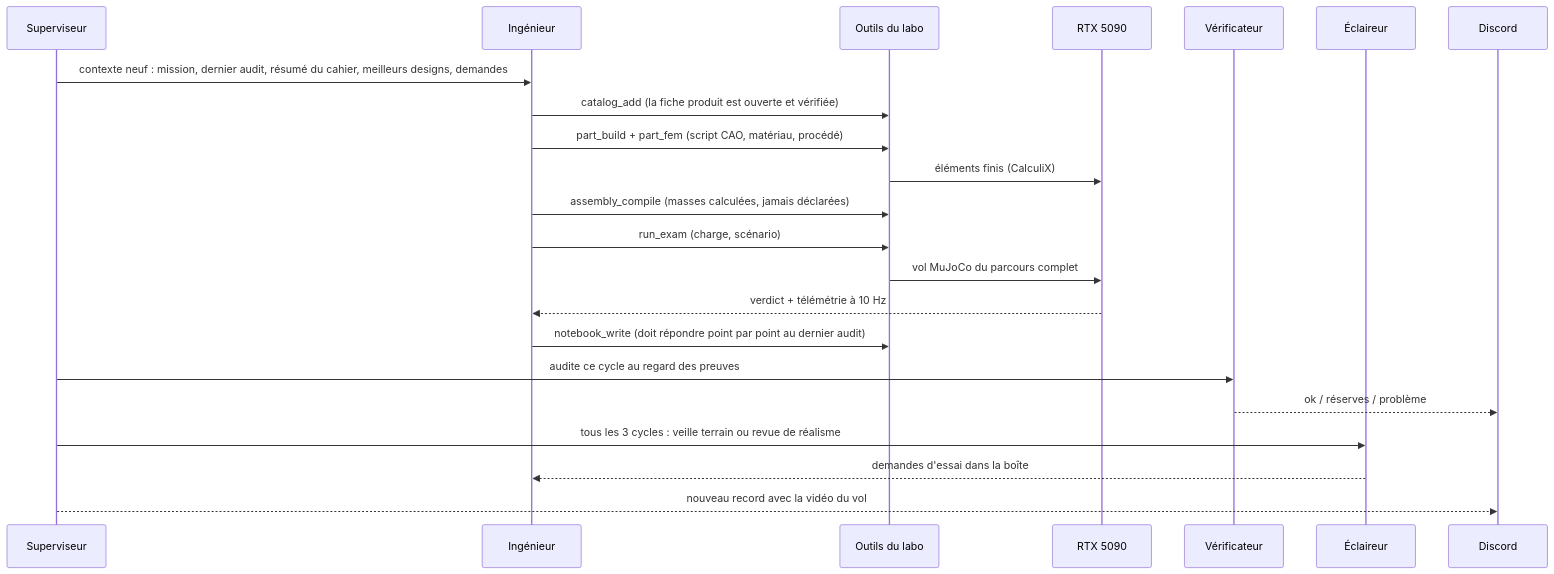
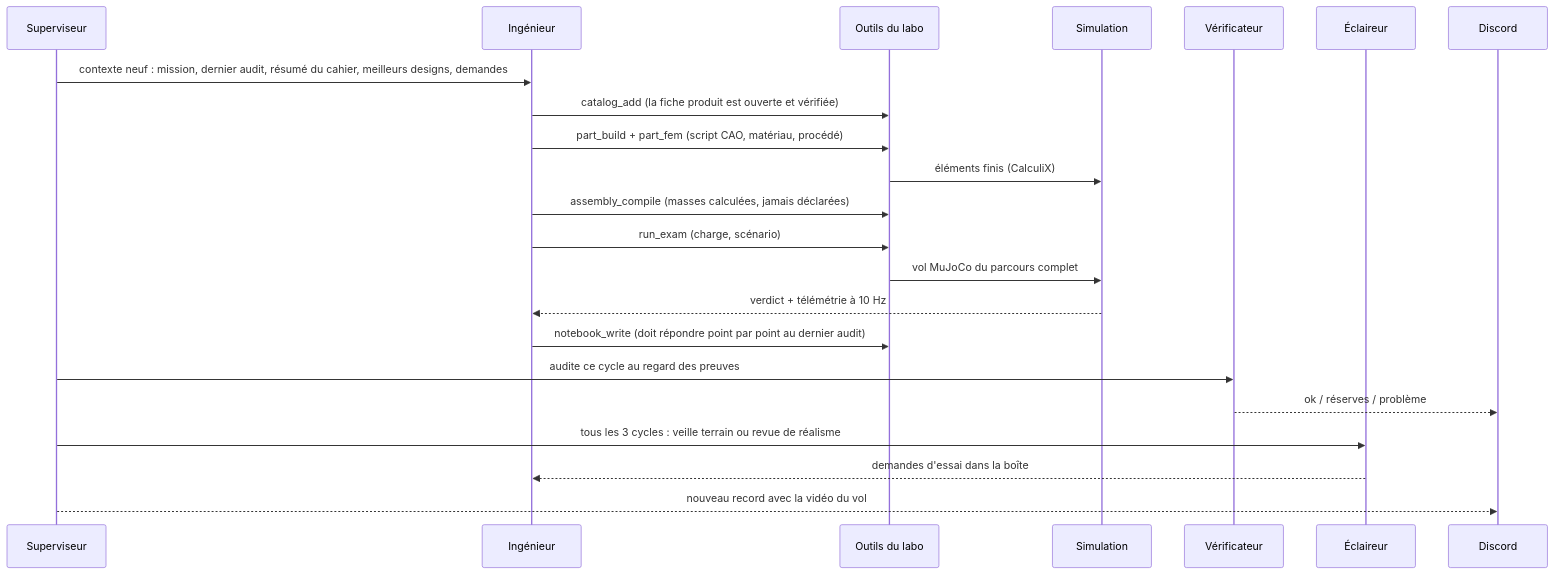
The diagram in docs/diagrams/cycle.mmd (Gougnafier/dronelab), drawn with Mermaid before and after one commit. The commit also changed 9 other files, not shown here.

```diff
--- a/docs/diagrams/cycle.mmd
+++ b/docs/diagrams/cycle.mmd
@@ -1,22 +1,22 @@
 sequenceDiagram
     participant S as Superviseur
     participant E as Ingénieur
     participant T as Outils du labo
-    participant G as RTX 5090
+    participant G as Simulation
     participant V as Vérificateur
     participant K as Éclaireur
     participant D as Discord
     S->>E: contexte neuf : mission, dernier audit, résumé du cahier, meilleurs designs, demandes
     E->>T: catalog_add (la fiche produit est ouverte et vérifiée)
     E->>T: part_build + part_fem (script CAO, matériau, procédé)
     T->>G: éléments finis (CalculiX)
     E->>T: assembly_compile (masses calculées, jamais déclarées)
     E->>T: run_exam (charge, scénario)
     T->>G: vol MuJoCo du parcours complet
     G-->>E: verdict + télémétrie à 10 Hz
     E->>T: notebook_write (doit répondre point par point au dernier audit)
     S->>V: audite ce cycle au regard des preuves
     V-->>D: ok / réserves / problème
     S->>K: tous les 3 cycles : veille terrain ou revue de réalisme
     K-->>E: demandes d'essai dans la boîte
     S-->>D: nouveau record avec la vidéo du vol
```
